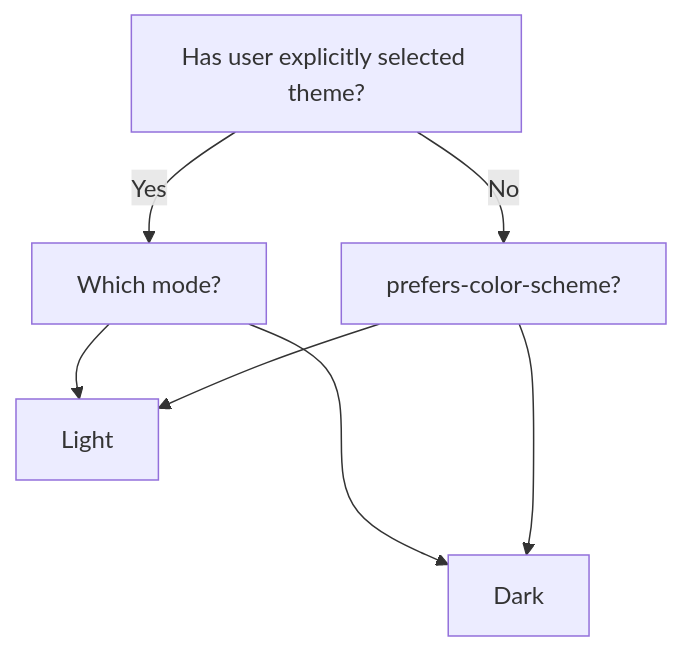
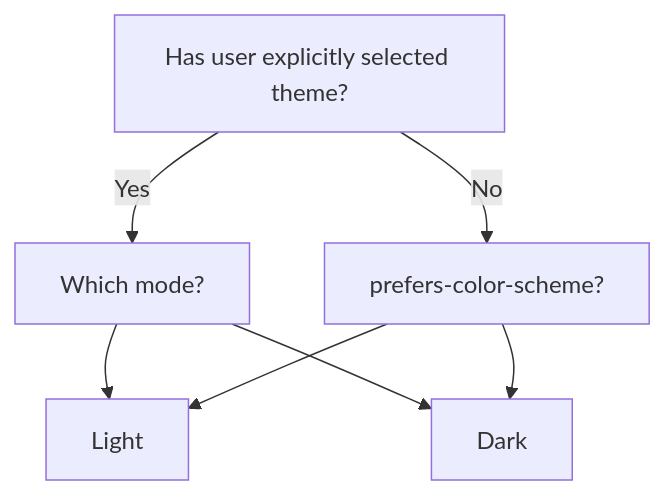
Before and after one commit to vnphanquang/postcss-color-scheme: the diagram in README.md, drawn with Mermaid. The commit also changed other lines of this file and 1 other file, not shown here.

````diff
--- a/README.md
+++ b/README.md
@@ -100,9 +100,9 @@
     ```mermaid
     flowchart TD
         A[Has user explicitly selected theme?] -->|Yes| B[Which mode?]
         B --> Light
         B --> Dark
         A -->|No| C[prefers-color-scheme?]
         C -->Light
-        C --->Dark
+        C -->Dark
     ```
````
